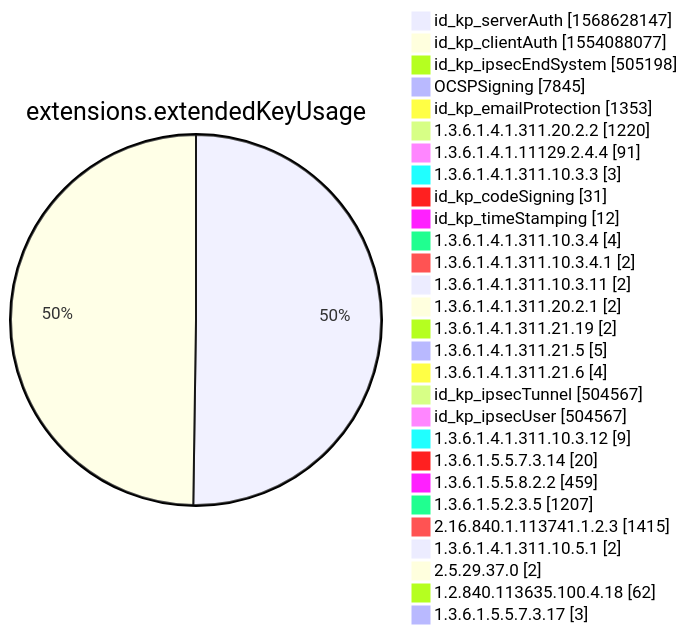
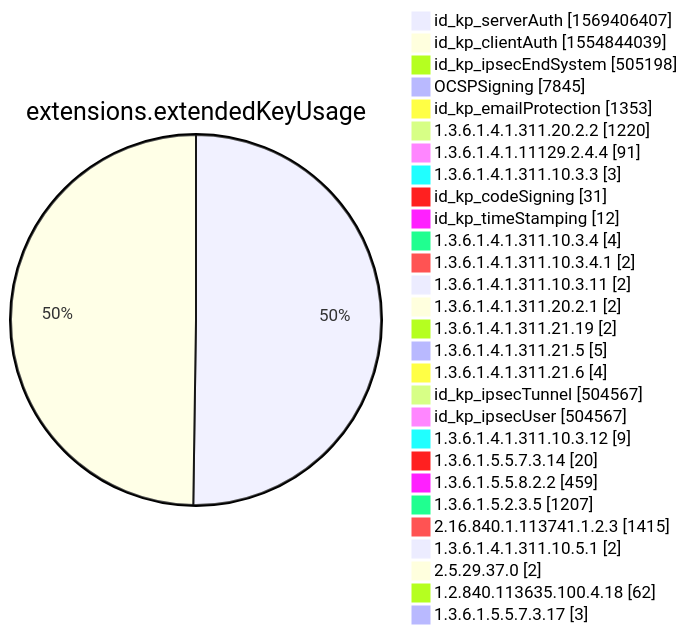
One commit to christiankrug/ctmonitor_visualization changed diagram 12 of 15 in xenon2022/README.md. Above: the diagram before and after it, drawn with Mermaid. The commit also changed other lines of this file, not shown here.

````diff
--- a/xenon2022/README.md
+++ b/xenon2022/README.md
@@ -3883,32 +3883,32 @@
 ```mermaid
 pie showData
 title extensions.extendedKeyUsage
-"id_kp_serverAuth" :1568628147
-"id_kp_clientAuth" :1554088077
+"id_kp_serverAuth" :1569406407
+"id_kp_clientAuth" :1554844039
 "id_kp_ipsecEndSystem" :505198
 "OCSPSigning" :7845
 "id_kp_emailProtection" :1353
 "1.3.6.1.4.1.311.20.2.2" :1220
 "1.3.6.1.4.1.11129.2.4.4" :91
 "1.3.6.1.4.1.311.10.3.3" :3
 "id_kp_codeSigning" :31
 "id_kp_timeStamping" :12
 "1.3.6.1.4.1.311.10.3.4" :4
 "1.3.6.1.4.1.311.10.3.4.1" :2
 "1.3.6.1.4.1.311.10.3.11" :2
 "1.3.6.1.4.1.311.20.2.1" :2
 "1.3.6.1.4.1.311.21.19" :2
 "1.3.6.1.4.1.311.21.5" :5
 "1.3.6.1.4.1.311.21.6" :4
 "id_kp_ipsecTunnel" :504567
 "id_kp_ipsecUser" :504567
 "1.3.6.1.4.1.311.10.3.12" :9
 "1.3.6.1.5.5.7.3.14" :20
 "1.3.6.1.5.5.8.2.2" :459
 "1.3.6.1.5.2.3.5" :1207
 "2.16.840.1.113741.1.2.3" :1415
 "1.3.6.1.4.1.311.10.5.1" :2
 "2.5.29.37.0" :2
 "1.2.840.113635.100.4.18" :62
 "1.3.6.1.5.5.7.3.17" :3
 ```
````
